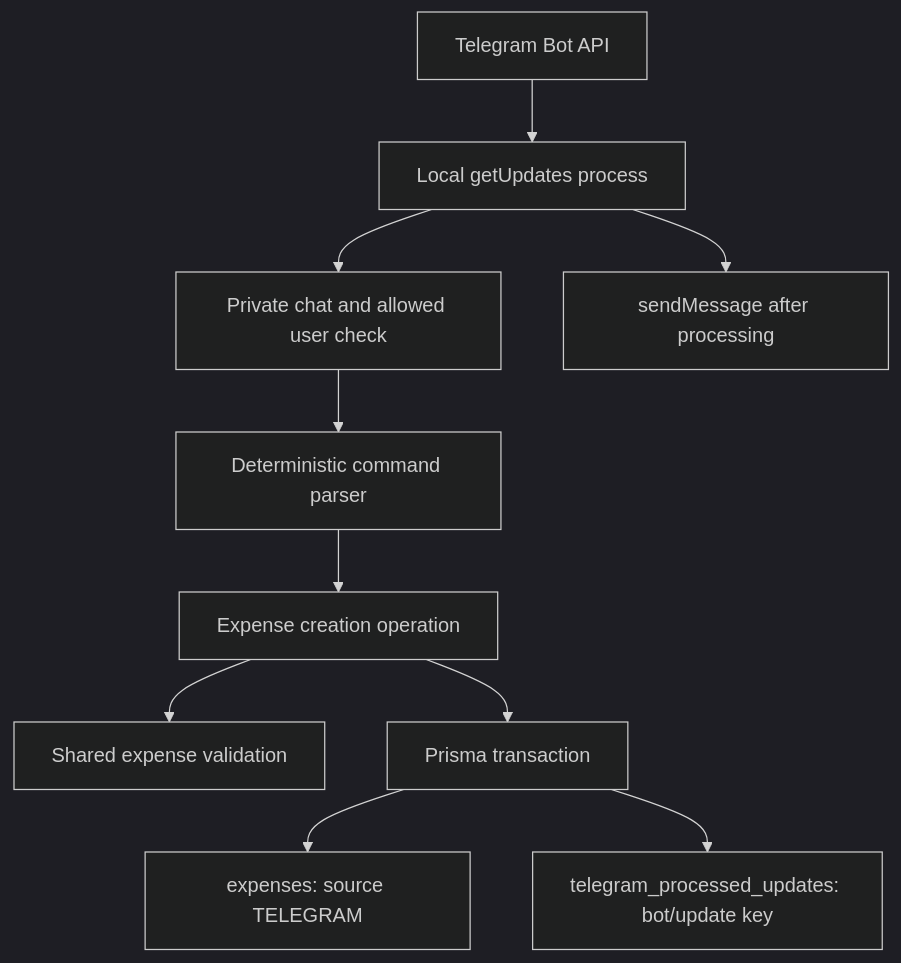
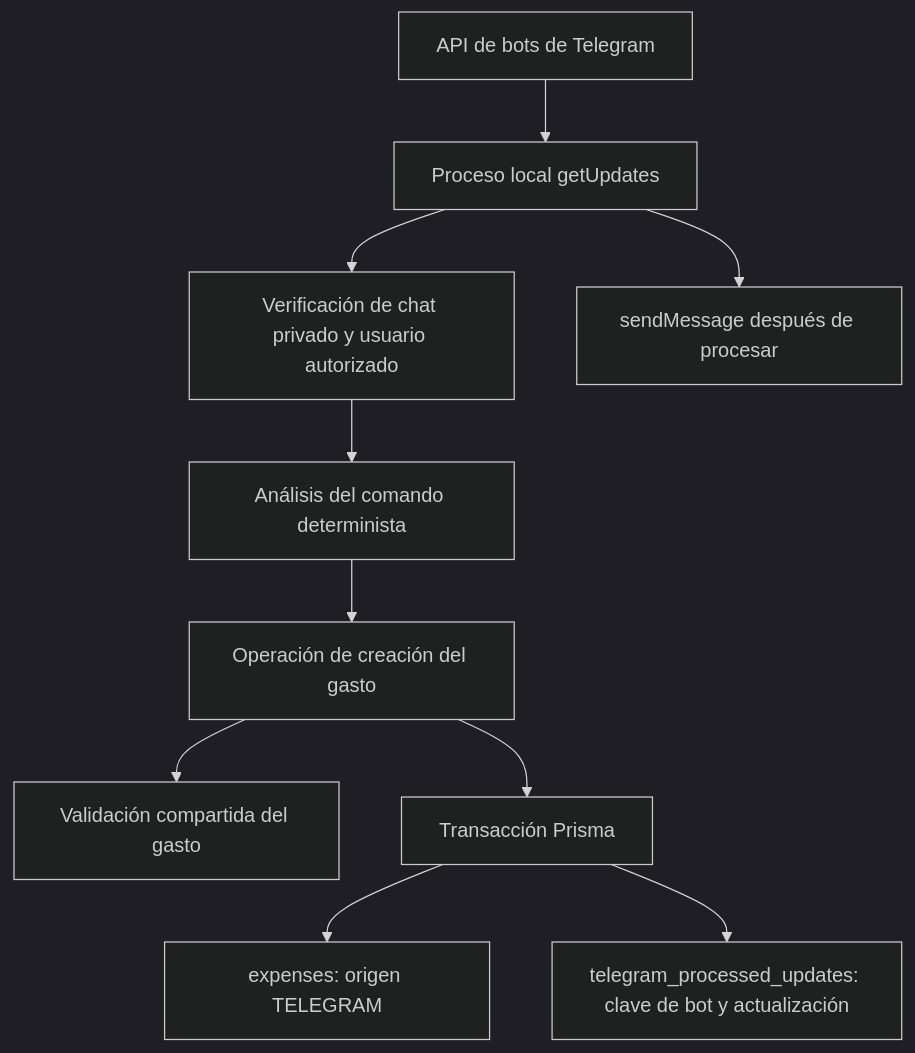
The second of 2 diagrams in docs/architecture.md (tomashevia27/gastobot), drawn with Mermaid (dark theme) before and after one commit. The commit also changed other lines of this file and 13 other files, not shown here.

```diff
--- a/docs/architecture.md
+++ b/docs/architecture.md
@@ -24,12 +24,12 @@
 ~~~mermaid
 flowchart TD
-    Telegram["Telegram Bot API"] --> Poller["Local getUpdates process"]
-    Poller --> Guard["Private chat and allowed user check"]
-    Guard --> Parser["Deterministic command parser"]
-    Parser --> Create["Expense creation operation"]
-    Create --> Rules["Shared expense validation"]
-    Create --> Tx["Prisma transaction"]
-    Tx --> Expense["expenses: source TELEGRAM"]
-    Tx --> Update["telegram_processed_updates: bot/update key"]
-    Poller --> Reply["sendMessage after processing"]
+    Telegram["API de bots de Telegram"] --> Poller["Proceso local getUpdates"]
+    Poller --> Guard["Verificación de chat privado y usuario autorizado"]
+    Guard --> Parser["Análisis del comando determinista"]
+    Parser --> Create["Operación de creación del gasto"]
+    Create --> Rules["Validación compartida del gasto"]
+    Create --> Tx["Transacción Prisma"]
+    Tx --> Expense["expenses: origen TELEGRAM"]
+    Tx --> Update["telegram_processed_updates: clave de bot y actualización"]
+    Poller --> Reply["sendMessage después de procesar"]
 ~~~
```
